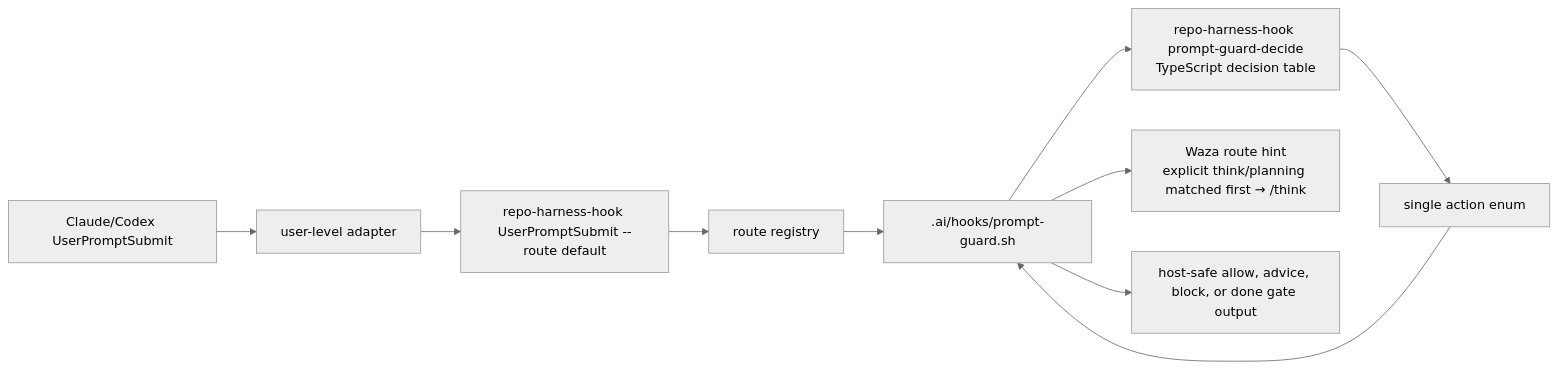
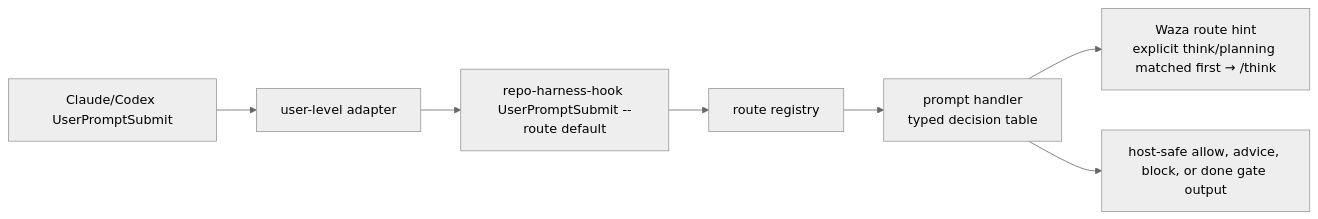
Before and after one commit to Ancienttwo/repo-harness: the third of 3 diagrams in README.fr.md, drawn with Mermaid (neutral theme). The commit also changed other lines of this file and 128 other files, not shown here.

Commit message:
feat(runtime): retire legacy hook runtime and migrate adopted repos to typed handlers

````diff
--- a/README.fr.md
+++ b/README.fr.md
@@ -384,12 +377,9 @@
 ```mermaid
 flowchart LR
   Host["Claude/Codex UserPromptSubmit"] --> Adapter["user-level adapter"]
   Adapter --> CLI["repo-harness-hook UserPromptSubmit --route default"]
   CLI --> Route["route registry"]
-  Route --> Shell[".ai/hooks/prompt-guard.sh"]
-  Shell --> Decision["repo-harness-hook prompt-guard-decide<br/>TypeScript decision table"]
-  Decision --> Action["single action enum"]
-  Action --> Shell
-  Shell --> RouteHint["Waza route hint<br/>explicit think/planning matched first → /think"]
-  Shell --> HostOutput["host-safe allow, advice, block, or done gate output"]
+  Route --> Handler["prompt handler<br/>typed decision table"]
+  Handler --> RouteHint["Waza route hint<br/>explicit think/planning matched first → /think"]
+  Handler --> HostOutput["host-safe allow, advice, block, or done gate output"]
 ```
````
